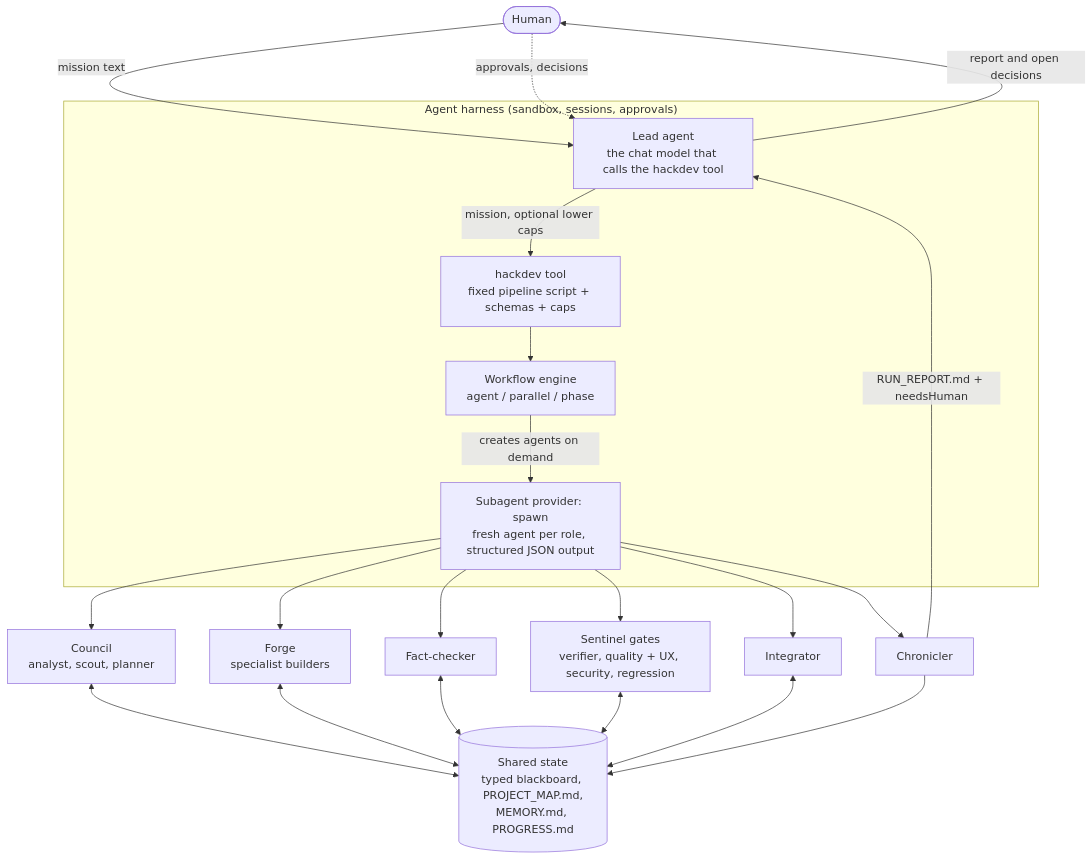
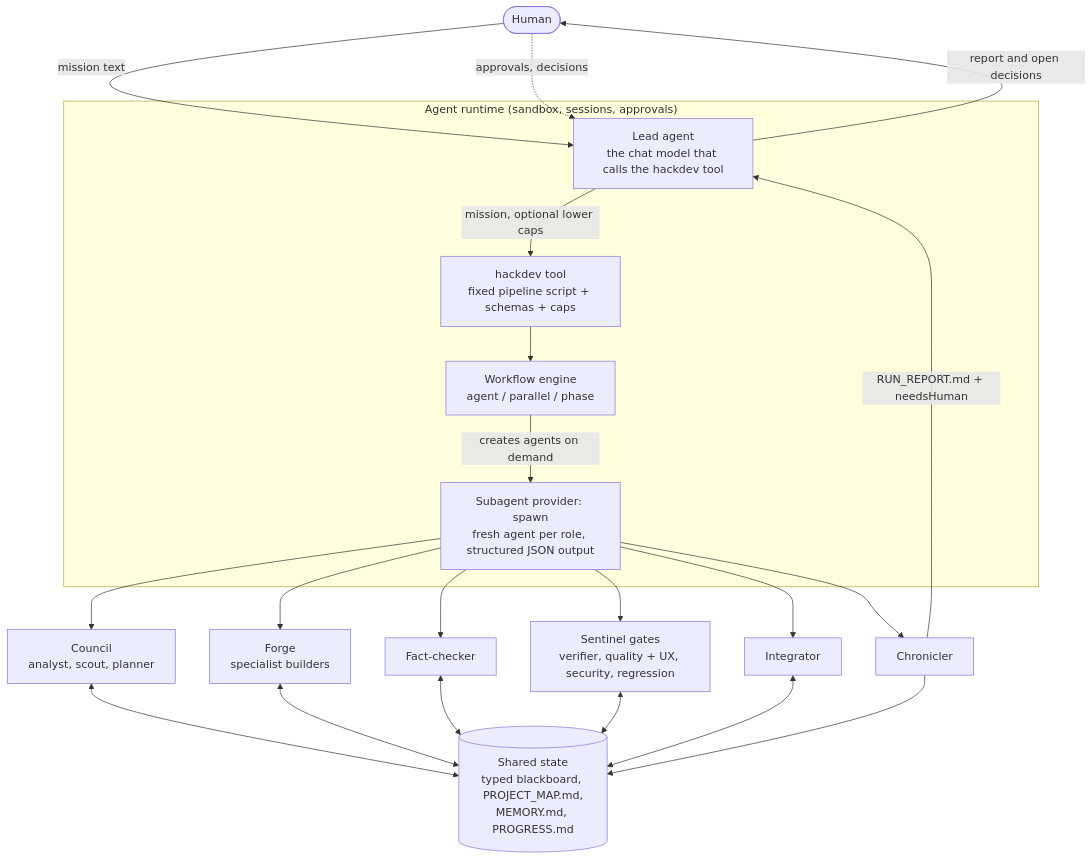
Before and after one commit to raghubirmahato/Hack-Dev-Code: the first of 4 diagrams in README.md, drawn with Mermaid. The commit also changed other lines of this file and 6 other files, not shown here.

````diff
--- a/README.md
+++ b/README.md
@@ -51,29 +52,29 @@
 ```mermaid
 flowchart TB
     H(["Human"]) -->|"mission text"| LEAD
-    subgraph HARNESS["Agent harness (sandbox, sessions, approvals)"]
+    subgraph RUNTIME["Agent runtime (sandbox, sessions, approvals)"]
         LEAD["Lead agent<br/>the chat model that calls the hackdev tool"]
         TOOL["hackdev tool<br/>fixed pipeline script + schemas + caps"]
         ENGINE["Workflow engine<br/>agent / parallel / phase"]
         SPAWN["Subagent provider: spawn<br/>fresh agent per role, structured JSON output"]
         LEAD -->|"mission, optional lower caps"| TOOL
         TOOL --> ENGINE
         ENGINE -->|"creates agents on demand"| SPAWN
     end
     SPAWN --> COUNCIL["Council<br/>analyst, scout, planner"]
     SPAWN --> FORGE["Forge<br/>specialist builders"]
     SPAWN --> CHECK["Fact-checker"]
     SPAWN --> GATES["Sentinel gates<br/>verifier, quality + UX, security, regression"]
     SPAWN --> INTEG["Integrator"]
     SPAWN --> CHRON["Chronicler"]
     BOARD[("Shared state<br/>typed blackboard, PROJECT_MAP.md,<br/>MEMORY.md, PROGRESS.md")]
     COUNCIL <--> BOARD
     FORGE <--> BOARD
     CHECK <--> BOARD
     GATES <--> BOARD
     INTEG <--> BOARD
     CHRON --> BOARD
     CHRON -->|"RUN_REPORT.md + needsHuman"| LEAD
     LEAD -->|"report and open decisions"| H
     H -.->|"approvals, decisions"| LEAD
 ```
````
